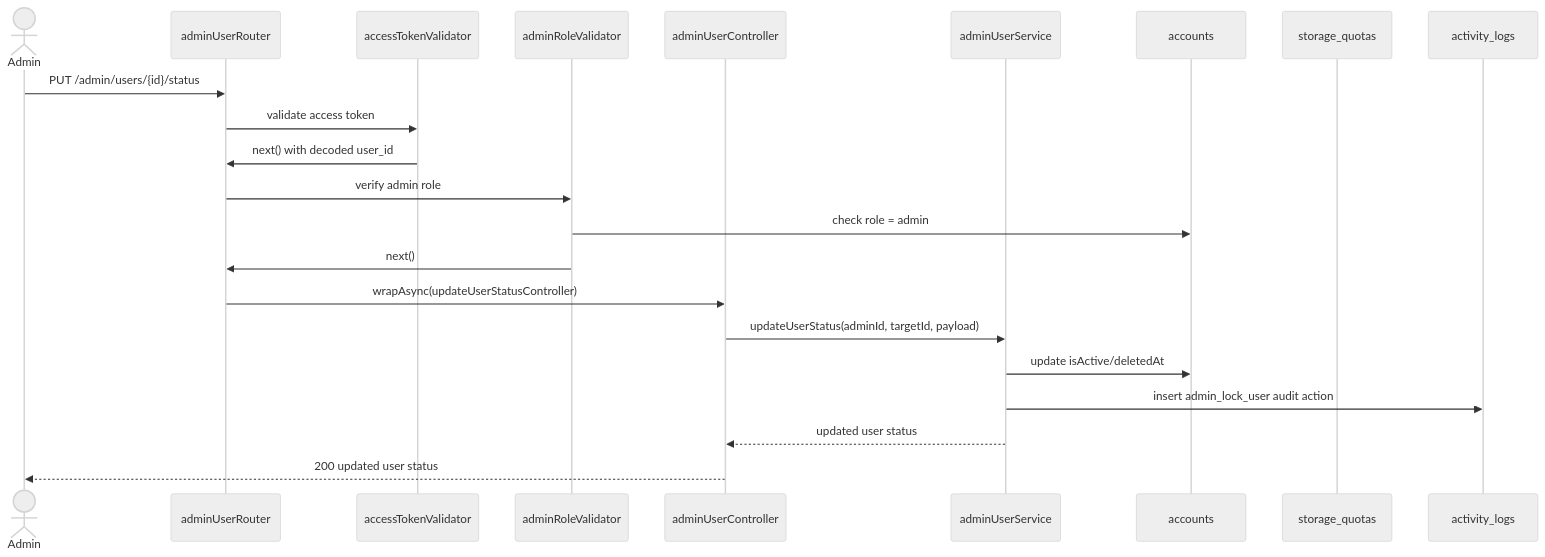
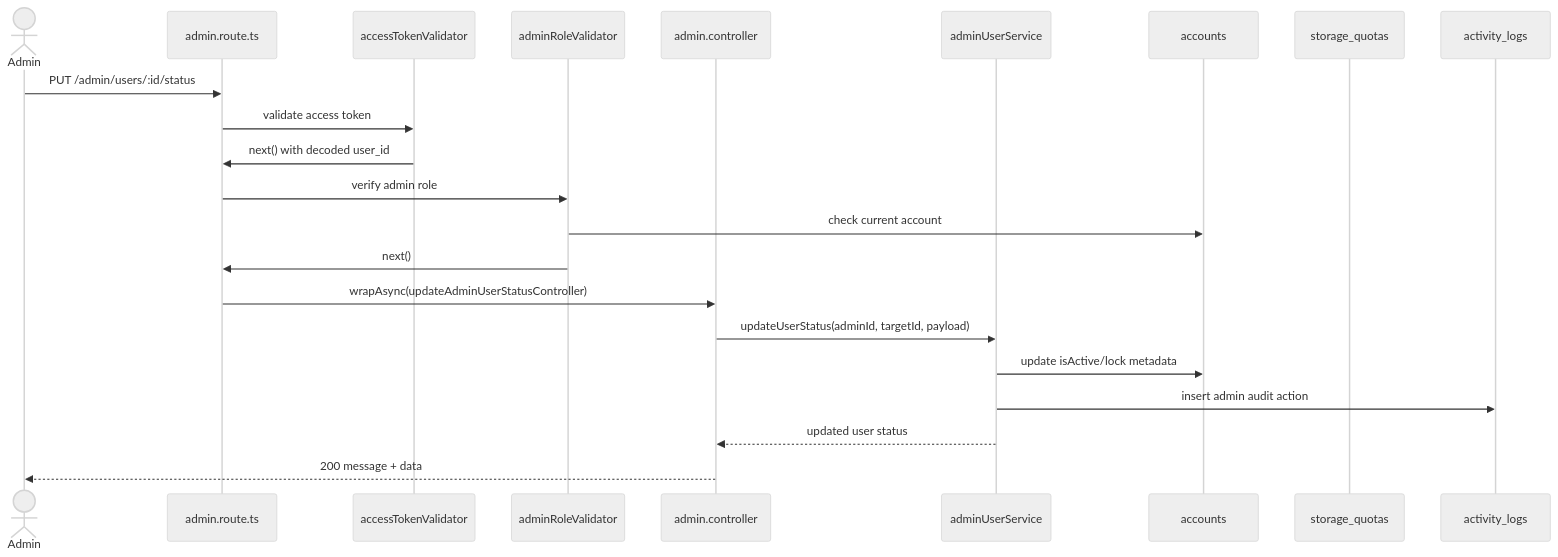
One commit to Hiamoutgame/AI-Study-Hub changed the diagram in docs/endpoint-flows/07-admin-users.md. Above: the diagram before and after it, drawn with Mermaid (neutral theme). The commit also changed other lines of this file and 62 other files, not shown here.

````diff
--- a/docs/endpoint-flows/07-admin-users.md
+++ b/docs/endpoint-flows/07-admin-users.md
@@ -33,25 +42,25 @@
 ```mermaid
 sequenceDiagram
   actor Admin
-  participant Route as adminUserRouter
+  participant Route as admin.route.ts
   participant Auth as accessTokenValidator
   participant AdminRole as adminRoleValidator
-  participant Controller as adminUserController
+  participant Controller as admin.controller
   participant Service as adminUserService
   participant Accounts as accounts
   participant Quotas as storage_quotas
   participant Logs as activity_logs
 
-  Admin->>Route: PUT /admin/users/{id}/status
+  Admin->>Route: PUT /admin/users/:id/status
   Route->>Auth: validate access token
   Auth->>Route: next() with decoded user_id
   Route->>AdminRole: verify admin role
-  AdminRole->>Accounts: check role = admin
+  AdminRole->>Accounts: check current account
   AdminRole->>Route: next()
-  Route->>Controller: wrapAsync(updateUserStatusController)
+  Route->>Controller: wrapAsync(updateAdminUserStatusController)
   Controller->>Service: updateUserStatus(adminId, targetId, payload)
-  Service->>Accounts: update isActive/deletedAt
-  Service->>Logs: insert admin_lock_user audit action
+  Service->>Accounts: update isActive/lock metadata
+  Service->>Logs: insert admin audit action
   Service-->>Controller: updated user status
-  Controller-->>Admin: 200 updated user status
+  Controller-->>Admin: 200 message + data
 ```
````
